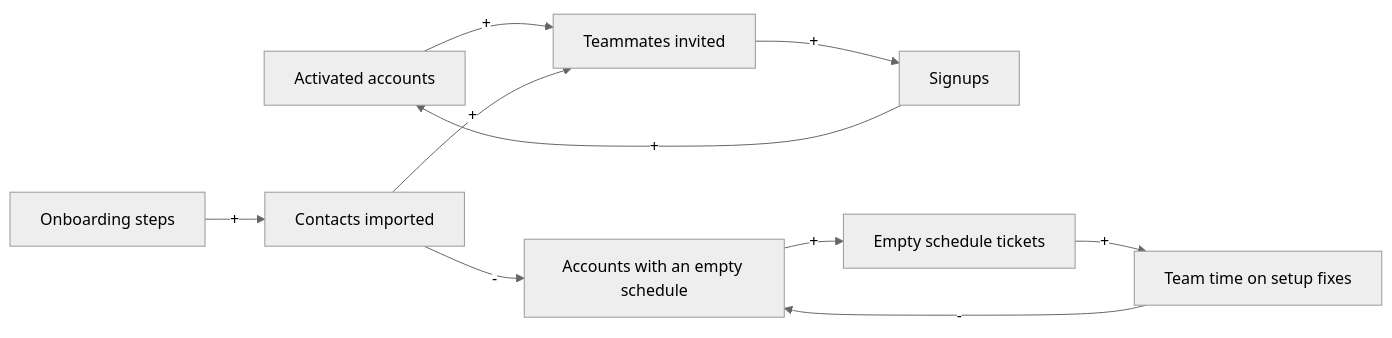
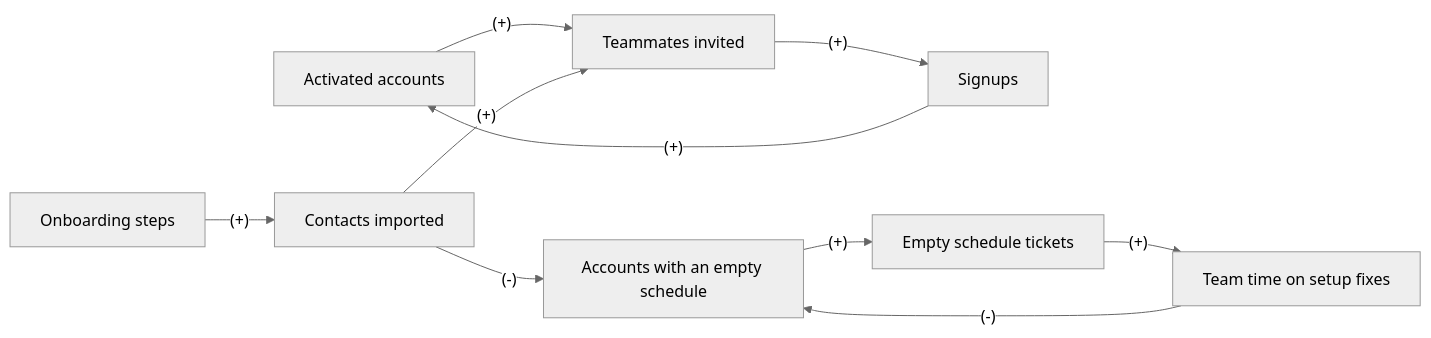
Before and after one commit to ardaasaroglu/reductionism-vs-systems-thinking: the second of 2 diagrams in skills/practice/references/cases/onboarding-steps.md, drawn with Mermaid (neutral theme). The commit also changed 30 other files, not shown here.

Commit message:
v0.2.0: four more cases, hero image, evals, readable diagram signs

````diff
--- a/skills/practice/references/cases/onboarding-steps.md
+++ b/skills/practice/references/cases/onboarding-steps.md
@@ -52,12 +52,12 @@
 ```mermaid
 flowchart LR
-  A[Activated accounts] -->|+| I[Teammates invited]
-  I -->|+| S[Signups]
-  S -->|+| A
-  O[Onboarding steps] -->|+| C[Contacts imported]
-  C -->|+| I
-  C -->|-| E[Accounts with an empty schedule]
-  E -->|+| T[Empty schedule tickets]
-  T -->|+| F[Team time on setup fixes]
-  F -->|-| E
+  A[Activated accounts] -->|"(+)"| I[Teammates invited]
+  I -->|"(+)"| S[Signups]
+  S -->|"(+)"| A
+  O[Onboarding steps] -->|"(+)"| C[Contacts imported]
+  C -->|"(+)"| I
+  C -->|"(-)"| E[Accounts with an empty schedule]
+  E -->|"(+)"| T[Empty schedule tickets]
+  T -->|"(+)"| F[Team time on setup fixes]
+  F -->|"(-)"| E
 ```
````
